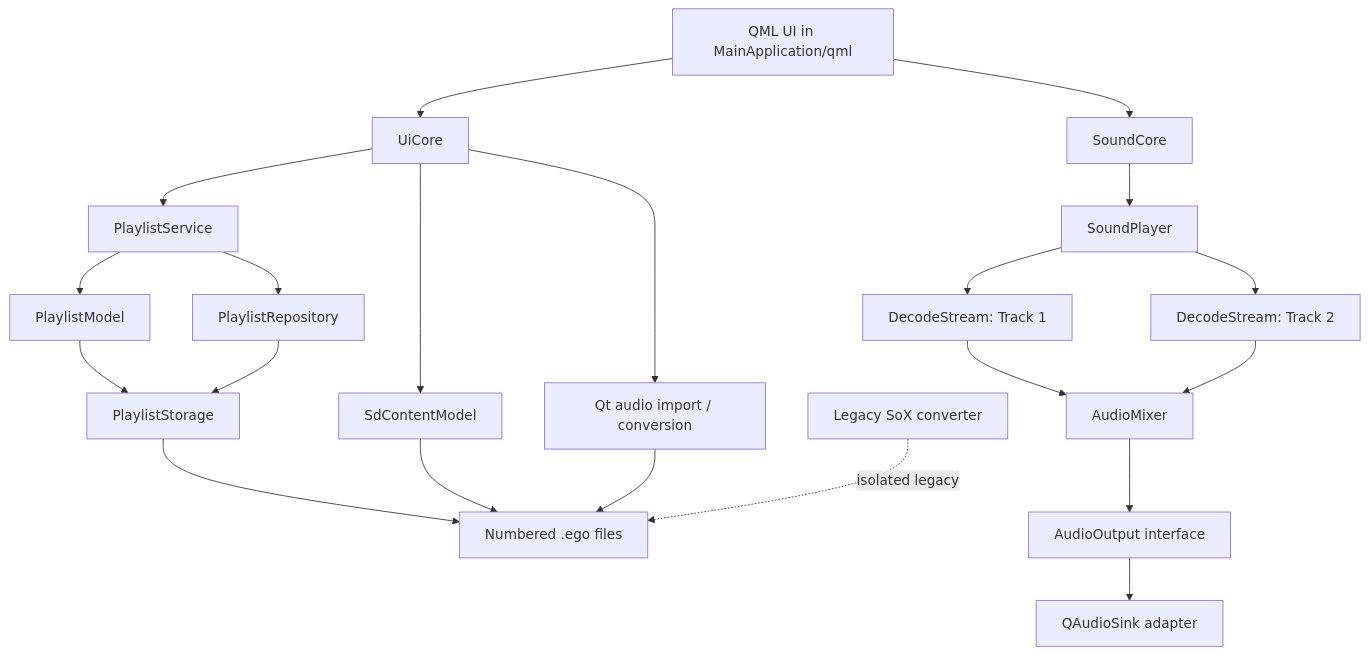
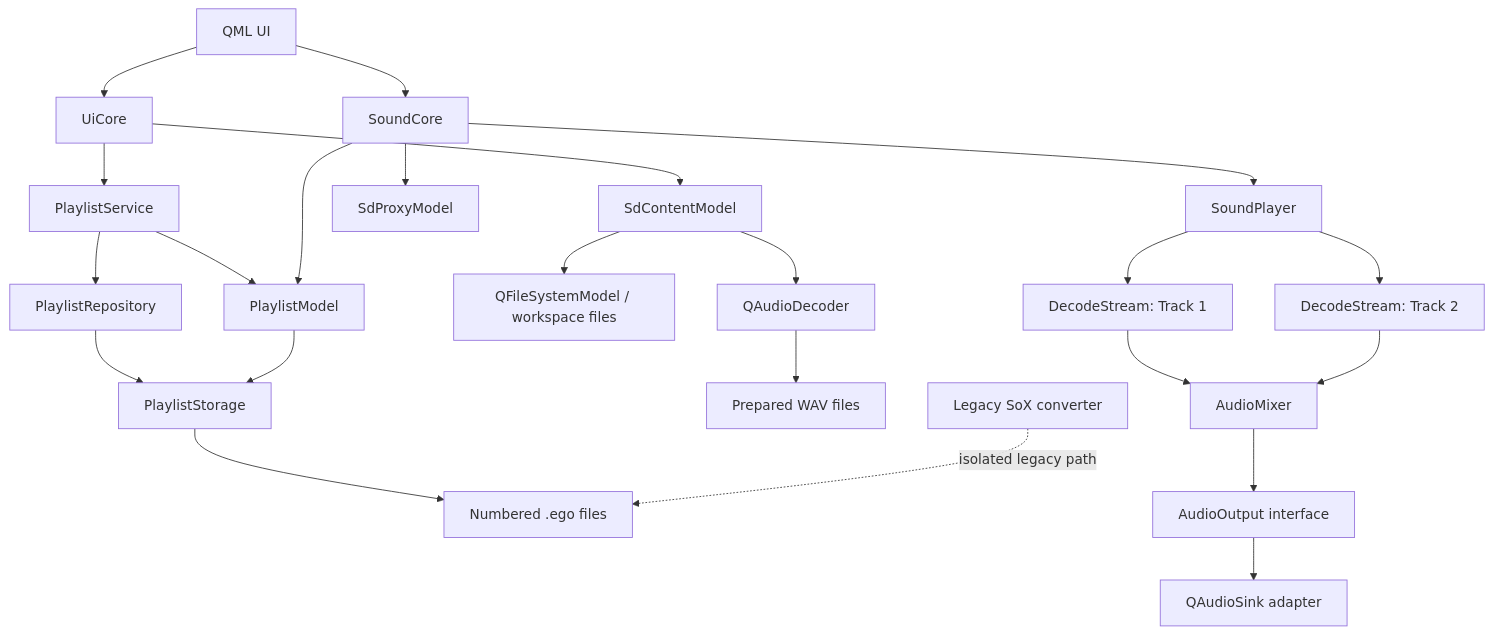
Before and after one commit to DIME-TILL-DEATH/EgoApp: the diagram in docs/ARCHITECTURE.md, drawn with Mermaid. The commit also changed other lines of this file and 8 other files, not shown here.

Commit message:
docs: reconcile architecture and platform baseline

````diff
--- a/docs/ARCHITECTURE.md
+++ b/docs/ARCHITECTURE.md
@@ -5,23 +5,25 @@
 ```mermaid
 flowchart TD
- QML[QML UI in MainApplication/qml] --> CORE[UiCore]
+ QML[QML UI] --> CORE[UiCore]
  QML --> SOUNDCORE[SoundCore]
  CORE --> SERVICE[PlaylistService]
  CORE --> SD[SdContentModel]
+ SERVICE --> REPO[PlaylistRepository]
  SERVICE --> PL[PlaylistModel]
- SERVICE --> REPO[PlaylistRepository]
- PL --> STORAGE[PlaylistStorage]
- REPO --> STORAGE
- STORAGE --> FS[Numbered .ego files]
- SD --> FS
- CORE --> IMP[Qt audio import / conversion]
- IMP --> FS
+ REPO --> STORAGE[PlaylistStorage]
+ PL --> STORAGE
+ STORAGE --> EGO[Numbered .ego files]
+ SD --> FSM[QFileSystemModel / workspace files]
+ SD --> DEC[QAudioDecoder]
+ DEC --> WAV[Prepared WAV files]
+ SOUNDCORE --> PL
+ SOUNDCORE --> PROXY[SdProxyModel]
  SOUNDCORE --> PLAYER[SoundPlayer]
  PLAYER --> DEC1[DecodeStream: Track 1]
  PLAYER --> DEC2[DecodeStream: Track 2]
  DEC1 --> MIX[AudioMixer]
  DEC2 --> MIX
  MIX --> OUT[AudioOutput interface]
  OUT --> SINK[QAudioSink adapter]
- LEGACY[Legacy SoX converter] -. isolated legacy .-> FS
+ LEGACY[Legacy SoX converter] -. isolated legacy path .-> EGO
 ```
````
